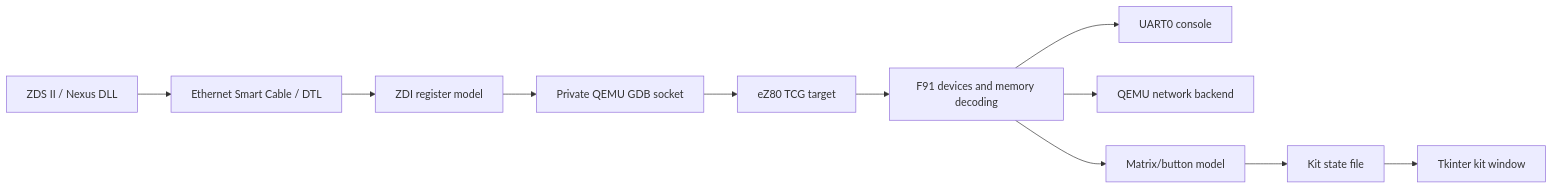
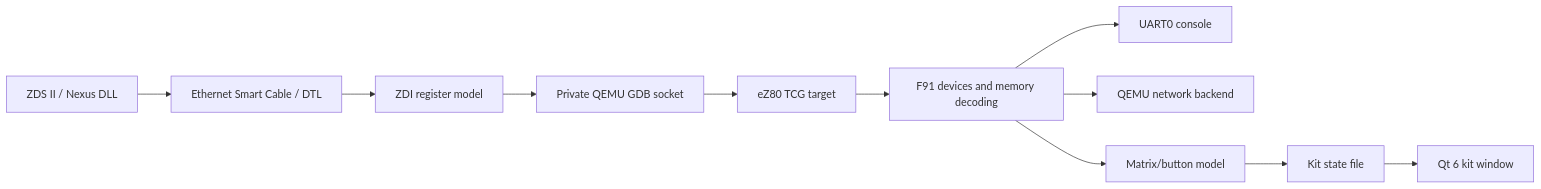
Before and after one commit to notwendig/qemuez80f91: the diagram in docs/architecture.md, drawn with Mermaid. The commit also changed other lines of this file and 70 other files, not shown here.

````diff
--- a/docs/architecture.md
+++ b/docs/architecture.md
@@ -5,13 +5,13 @@
 ```mermaid
 flowchart LR
   ZDS[ZDS II / Nexus DLL] --> Cable[Ethernet Smart Cable / DTL]
   Cable --> ZDI[ZDI register model]
   ZDI --> GDB[Private QEMU GDB socket]
   GDB --> CPU[eZ80 TCG target]
   CPU --> SoC[F91 devices and memory decoding]
   SoC --> UART[UART0 console]
   SoC --> NIC[QEMU network backend]
   SoC --> Kit[Matrix/button model]
   Kit --> JSON[Kit state file]
-  JSON --> GUI[Tkinter kit window]
+  JSON --> GUI[Qt 6 kit window]
 ```
````
